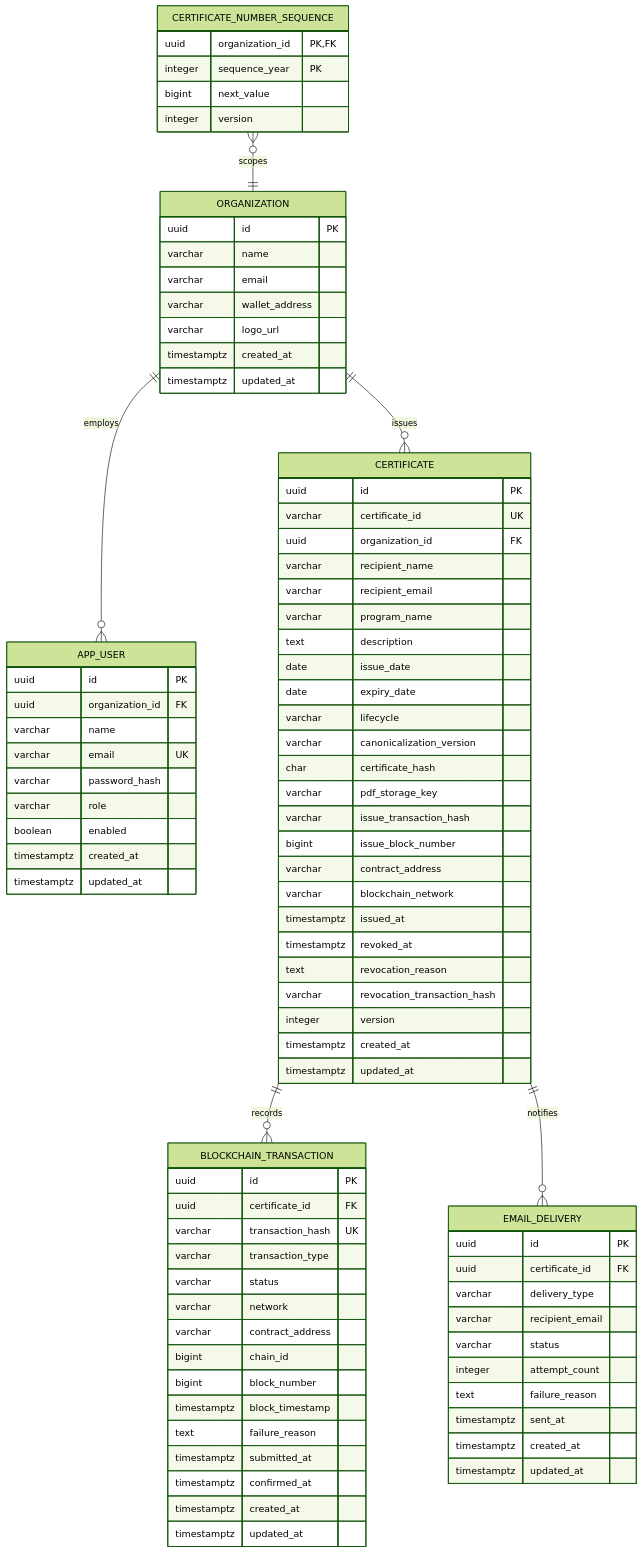
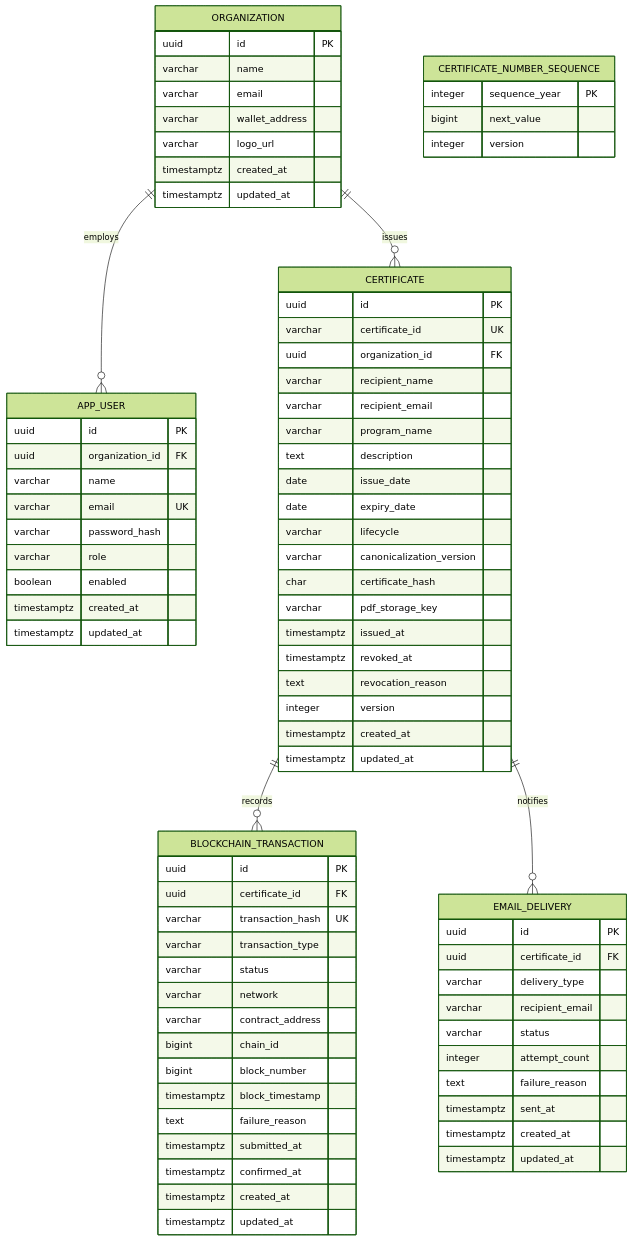
Before and after one commit to Thna17/CertChain: the diagram in docs/database/er-model.md, drawn with Mermaid (forest theme). The commit also changed other lines of this file and 34 other files, not shown here.

```diff
--- a/docs/database/er-model.md
+++ b/docs/database/er-model.md
@@ -8,7 +8,6 @@
     ORGANIZATION ||--o{ CERTIFICATE : issues
     CERTIFICATE ||--o{ BLOCKCHAIN_TRANSACTION : records
     CERTIFICATE ||--o{ EMAIL_DELIVERY : notifies
-    CERTIFICATE_NUMBER_SEQUENCE }o--|| ORGANIZATION : scopes
 
     ORGANIZATION {
         uuid id PK
@@ -46,14 +45,9 @@
         varchar canonicalization_version
         char certificate_hash
         varchar pdf_storage_key
-        varchar issue_transaction_hash
-        bigint issue_block_number
-        varchar contract_address
-        varchar blockchain_network
         timestamptz issued_at
         timestamptz revoked_at
         text revocation_reason
-        varchar revocation_transaction_hash
         integer version
         timestamptz created_at
         timestamptz updated_at
@@ -91,7 +85,6 @@
     }
 
     CERTIFICATE_NUMBER_SEQUENCE {
-        uuid organization_id PK,FK
         integer sequence_year PK
         bigint next_value
         integer version
```
